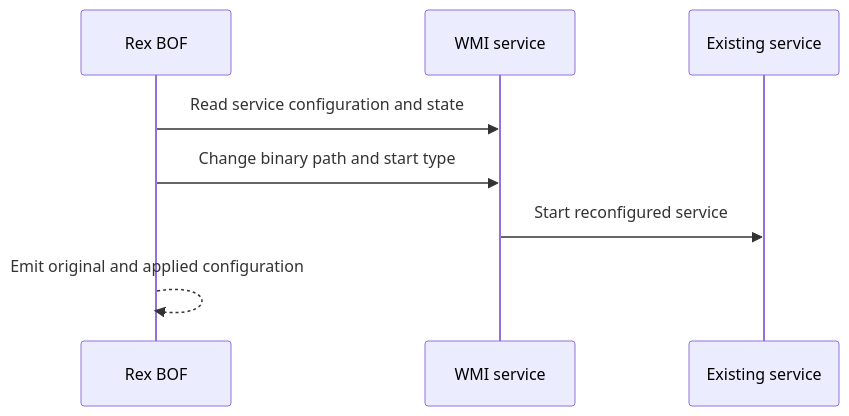
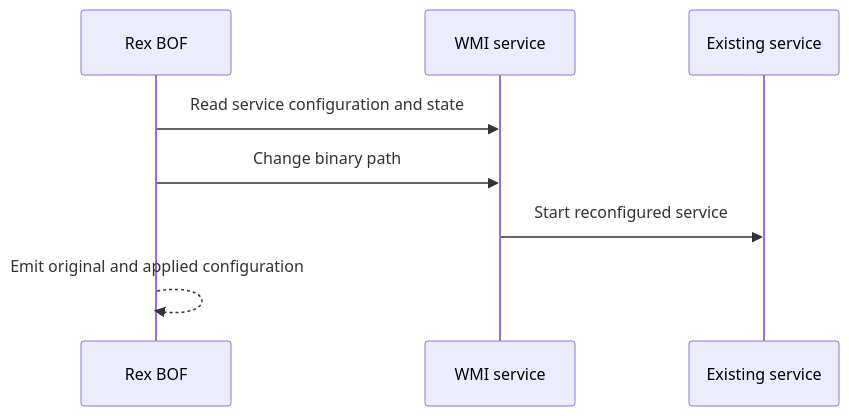
One commit to rubyattack3r/Rex-BOF changed the diagram in docs/techniques/wmiservice.md. Above: the diagram before and after it, drawn with Mermaid. The commit also changed other lines of this file and 14 other files, not shown here.

````diff
--- a/docs/techniques/wmiservice.md
+++ b/docs/techniques/wmiservice.md
@@ -12,10 +13,10 @@
 ```mermaid
 sequenceDiagram
     participant B as Rex BOF
     participant W as WMI service
     participant S as Existing service
     B->>W: Read service configuration and state
-    B->>W: Change binary path and start type
+    B->>W: Change binary path
     W->>S: Start reconfigured service
     B-->>B: Emit original and applied configuration
 ```
````
